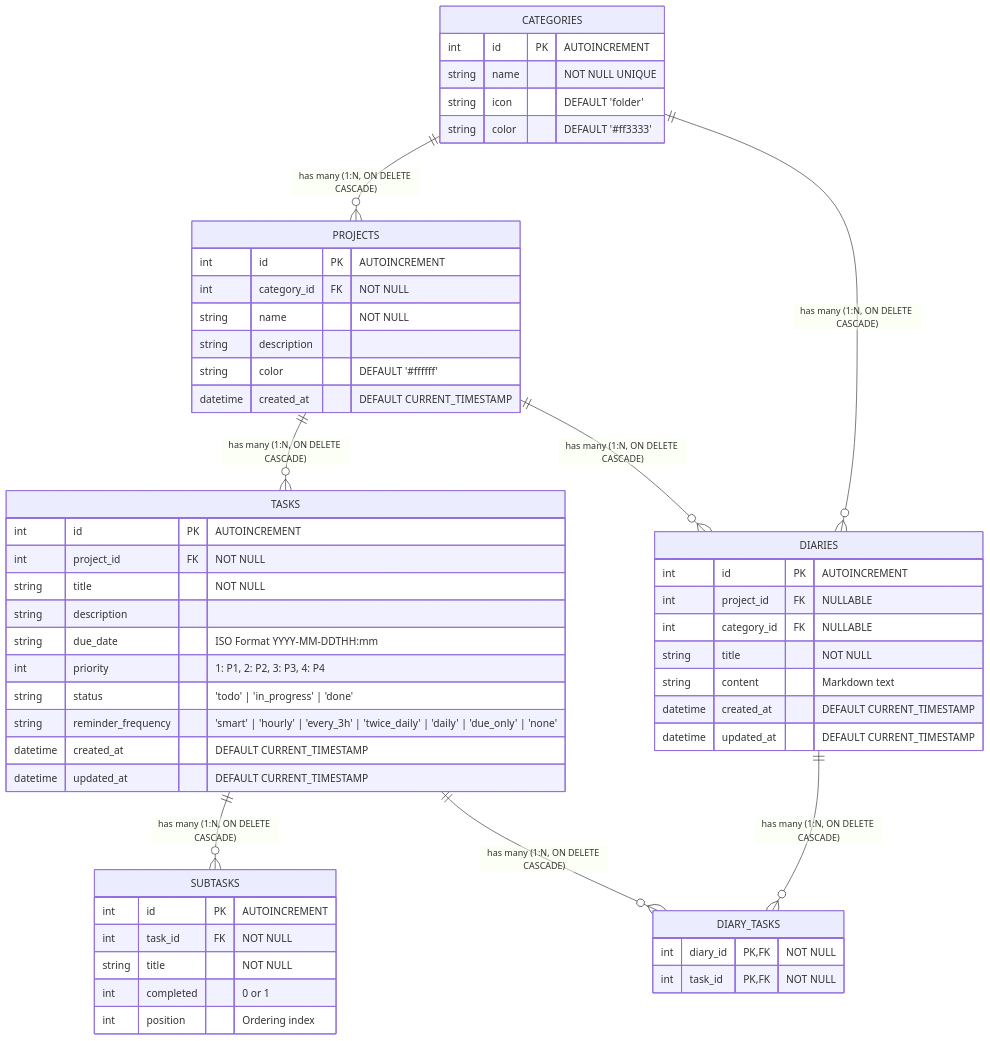
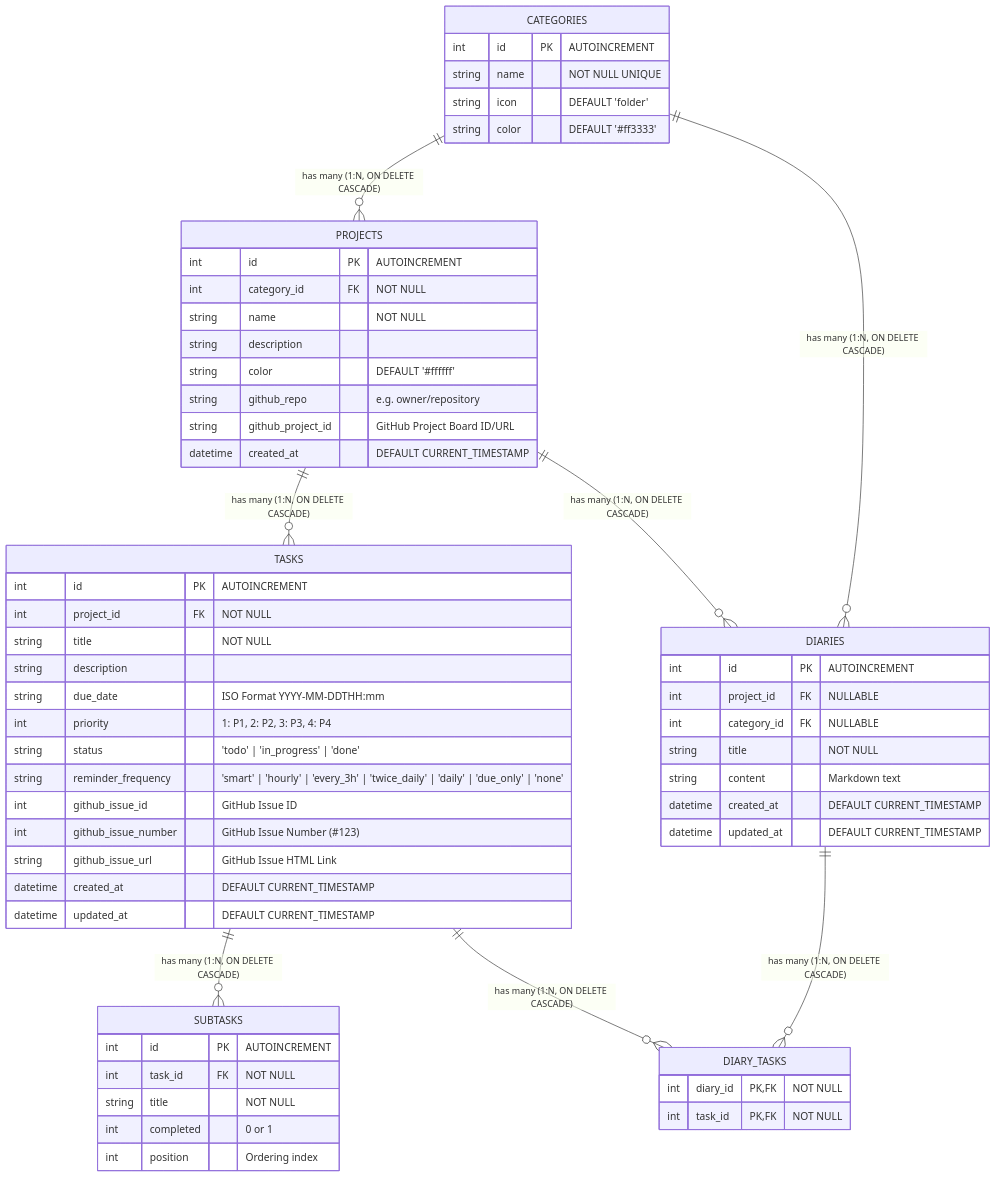
Before and after one commit to sidneicjr28/SCJ28-Task-System: the first of 2 diagrams in docs/CLASS_DIAGRAM.md, drawn with Mermaid. The commit also changed 2 other files, not shown here.

Commit message:
docs: document GitHub integration across SRS, Use Cases, and Class Diagram

````diff
--- a/docs/CLASS_DIAGRAM.md
+++ b/docs/CLASS_DIAGRAM.md
@@ -11,62 +11,67 @@
 ```mermaid
 erDiagram
     CATEGORIES ||--o{ PROJECTS : "has many (1:N, ON DELETE CASCADE)"
     PROJECTS ||--o{ TASKS : "has many (1:N, ON DELETE CASCADE)"
     TASKS ||--o{ SUBTASKS : "has many (1:N, ON DELETE CASCADE)"
     PROJECTS ||--o{ DIARIES : "has many (1:N, ON DELETE CASCADE)"
     CATEGORIES ||--o{ DIARIES : "has many (1:N, ON DELETE CASCADE)"
     DIARIES ||--o{ DIARY_TASKS : "has many (1:N, ON DELETE CASCADE)"
     TASKS ||--o{ DIARY_TASKS : "has many (1:N, ON DELETE CASCADE)"
 
     CATEGORIES {
         int id PK "AUTOINCREMENT"
         string name "NOT NULL UNIQUE"
         string icon "DEFAULT 'folder'"
         string color "DEFAULT '#ff3333'"
     }
 
     PROJECTS {
         int id PK "AUTOINCREMENT"
         int category_id FK "NOT NULL"
         string name "NOT NULL"
         string description
         string color "DEFAULT '#ffffff'"
+        string github_repo "e.g. owner/repository"
+        string github_project_id "GitHub Project Board ID/URL"
         datetime created_at "DEFAULT CURRENT_TIMESTAMP"
     }
 
     TASKS {
         int id PK "AUTOINCREMENT"
         int project_id FK "NOT NULL"
         string title "NOT NULL"
         string description
         string due_date "ISO Format YYYY-MM-DDTHH:mm"
         int priority "1: P1, 2: P2, 3: P3, 4: P4"
         string status "'todo' | 'in_progress' | 'done'"
         string reminder_frequency "'smart' | 'hourly' | 'every_3h' | 'twice_daily' | 'daily' | 'due_only' | 'none'"
+        int github_issue_id "GitHub Issue ID"
+        int github_issue_number "GitHub Issue Number (#123)"
+        string github_issue_url "GitHub Issue HTML Link"
         datetime created_at "DEFAULT CURRENT_TIMESTAMP"
         datetime updated_at "DEFAULT CURRENT_TIMESTAMP"
     }
 
     SUBTASKS {
         int id PK "AUTOINCREMENT"
         int task_id FK "NOT NULL"
         string title "NOT NULL"
         int completed "0 or 1"
         int position "Ordering index"
     }
 
     DIARIES {
         int id PK "AUTOINCREMENT"
         int project_id FK "NULLABLE"
         int category_id FK "NULLABLE"
         string title "NOT NULL"
         string content "Markdown text"
         datetime created_at "DEFAULT CURRENT_TIMESTAMP"
         datetime updated_at "DEFAULT CURRENT_TIMESTAMP"
     }
 
     DIARY_TASKS {
         int diary_id PK, FK "NOT NULL"
         int task_id PK, FK "NOT NULL"
     }
 ```
````
